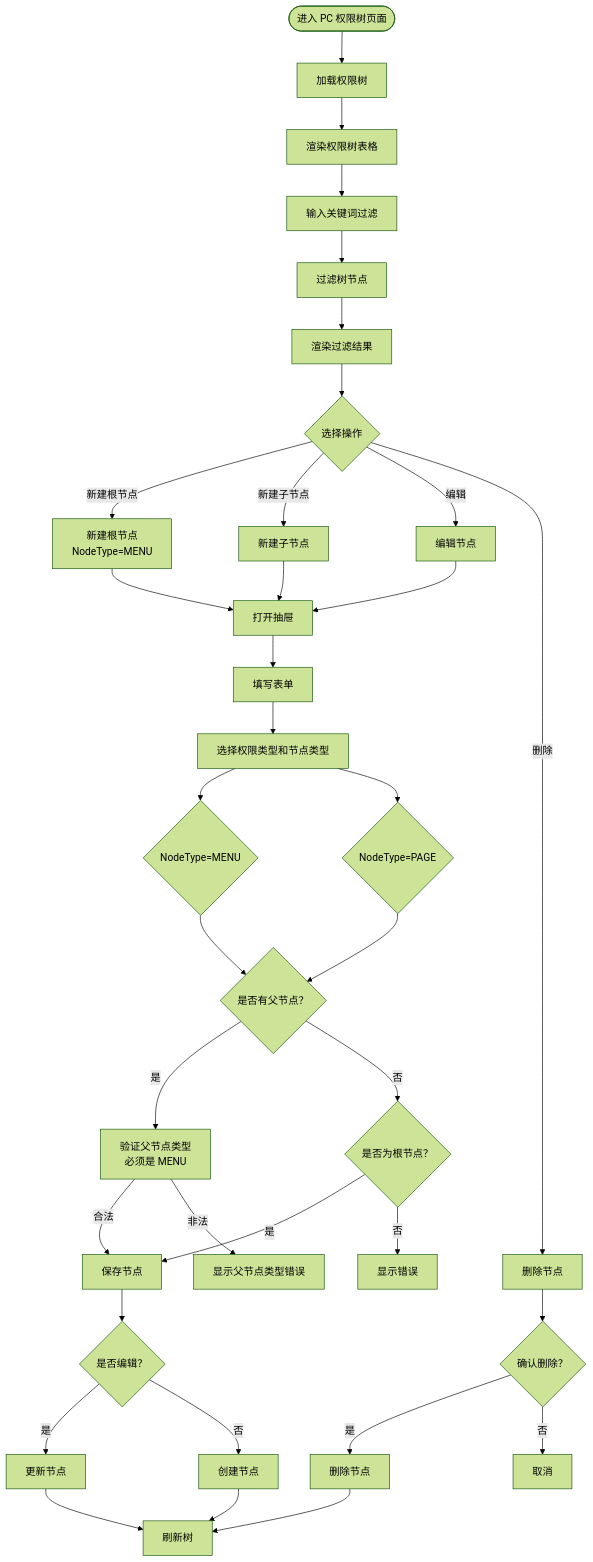
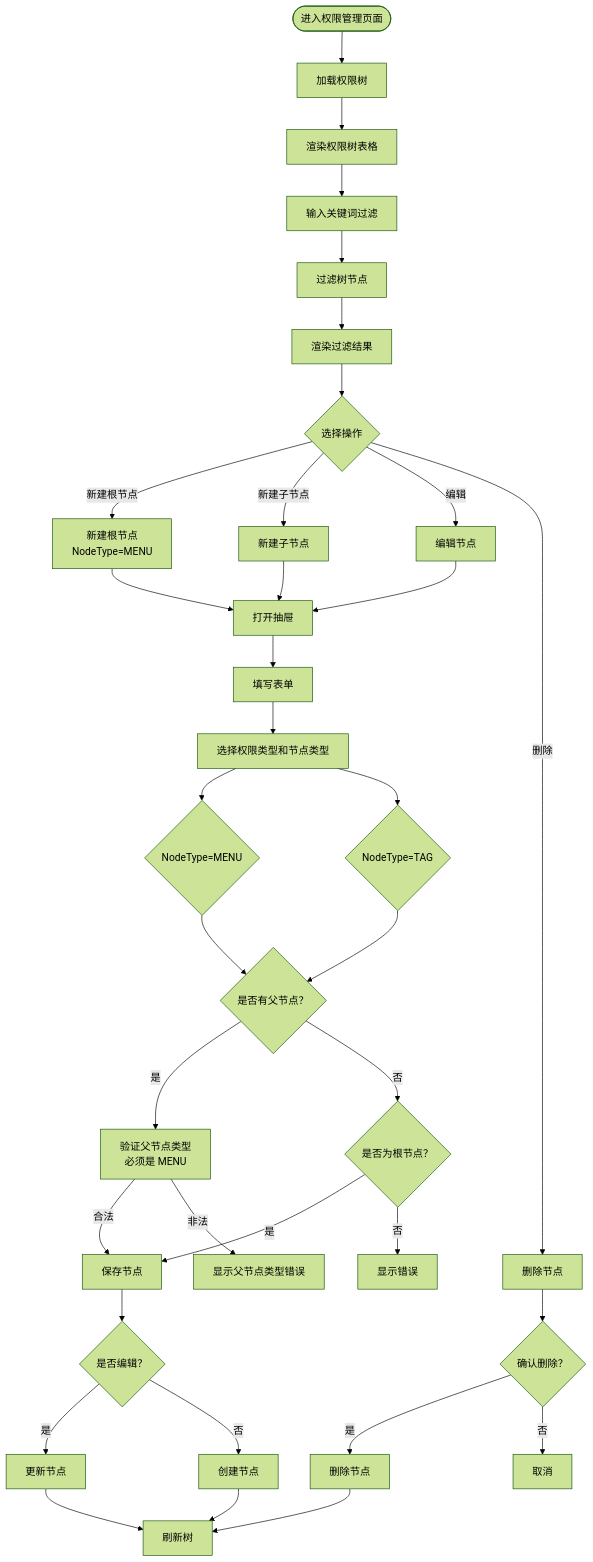
One commit to huyumo/moyan-mfw changed the diagram in docs/pages/permission-management.md. Above: the diagram before and after it, drawn with Mermaid (forest theme). The commit also changed other lines of this file and 2 other files, not shown here.

````diff
--- a/docs/pages/permission-management.md
+++ b/docs/pages/permission-management.md
@@ -22,47 +30,47 @@
 ```mermaid
 flowchart TD
-    Start([进入 PC 权限树页面]) --> LoadTree[加载权限树]
+    Start([进入权限管理页面]) --> LoadTree[加载权限树]
     LoadTree --> RenderTree[渲染权限树表格]
 
     RenderTree --> Search[输入关键词过滤]
     Search --> FilterTree[过滤树节点]
     FilterTree --> RenderFiltered[渲染过滤结果]
 
     RenderFiltered --> Action{选择操作}
     Action -->|新建根节点 | CreateRoot[新建根节点<br>NodeType=MENU]
     Action -->|新建子节点 | CreateChild[新建子节点]
     Action -->|编辑 | EditNode[编辑节点]
     Action -->|删除 | DeleteNode[删除节点]
 
     CreateRoot --> OpenDrawer[打开抽屉]
     CreateChild --> OpenDrawer
     EditNode --> OpenDrawer
 
     OpenDrawer --> FillForm[填写表单]
     FillForm --> SelectType[选择权限类型和节点类型]
     SelectType --> Menu{NodeType=MENU}
-    SelectType --> Page{NodeType=PAGE}
+    SelectType --> Tag{NodeType=TAG}
 
     Menu --> ParentCheck{是否有父节点？}
-    Page --> ParentCheck
+    Tag --> ParentCheck
 
     ParentCheck -->|是 | ValidateParent[验证父节点类型<br>必须是 MENU]
     ValidateParent -->|合法 | SaveNode[保存节点]
     ValidateParent -->|非法 | ShowParentError[显示父节点类型错误]
 
     ParentCheck -->|否 | RootCheck{是否为根节点？}
     RootCheck -->|是 | SaveNode
     RootCheck -->|否 | ShowError[显示错误]
 
     SaveNode --> IsEdit{是否编辑？}
     IsEdit -->|是 | UpdateNode[更新节点]
     IsEdit -->|否 | CreateNode[创建节点]
 
     UpdateNode --> RefreshTree[刷新树]
     CreateNode --> RefreshTree
 
     DeleteNode --> Confirm{确认删除？}
     Confirm -->|是 | DeleteNodeConfirm[删除节点]
     Confirm -->|否 | Cancel1[取消]
     DeleteNodeConfirm --> RefreshTree
 ```
````
